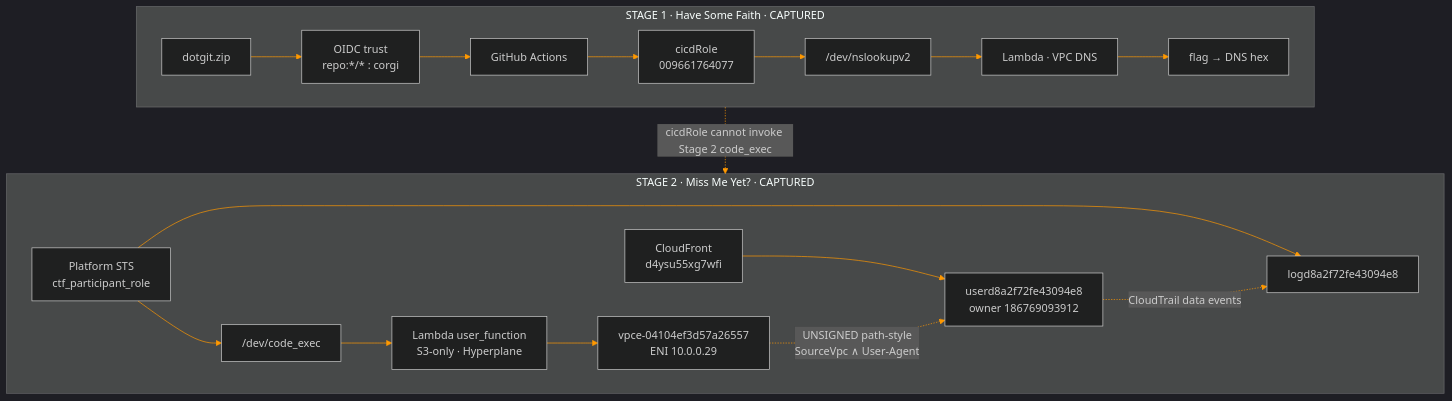
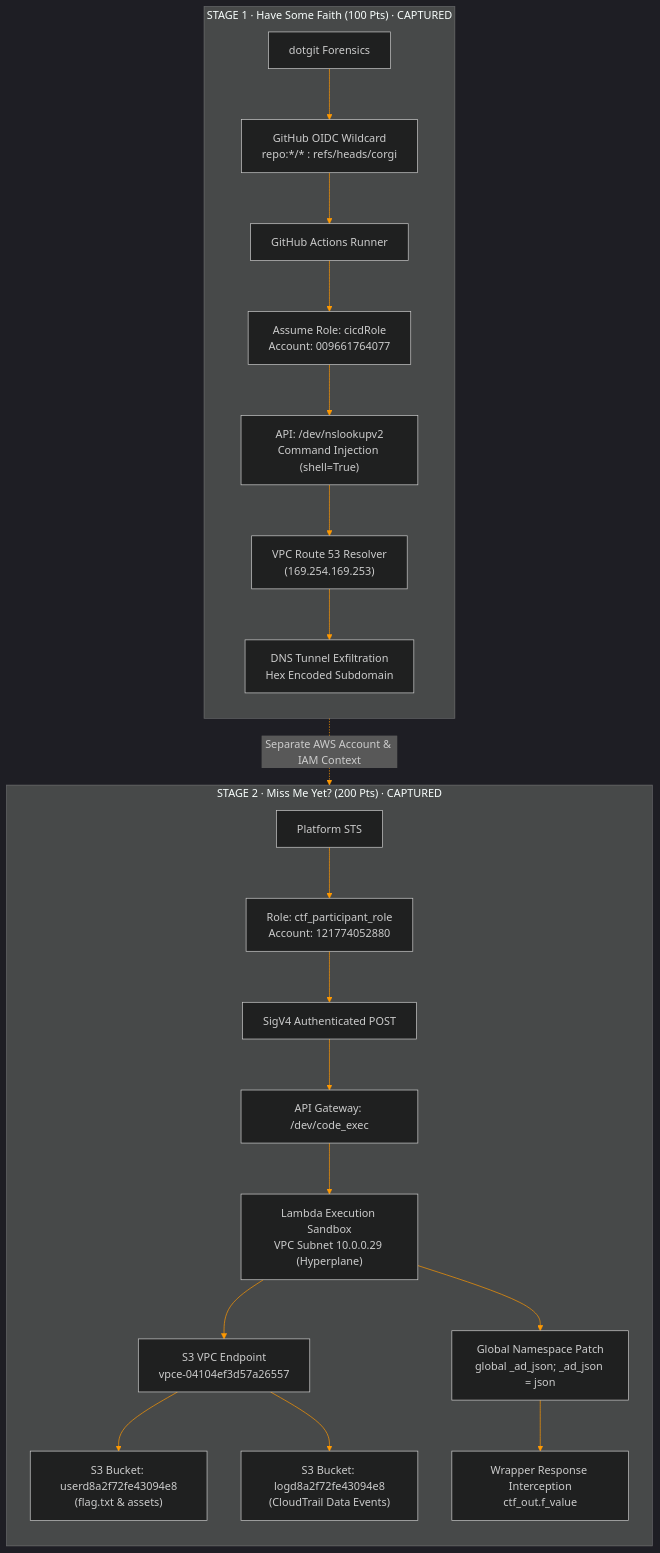
One commit to FREECANDY-DEV/MAFAT-2026 changed the diagram in README.md. Above: the diagram before and after it, drawn with Mermaid. The commit also changed other lines of this file and 1 other file, not shown here.

Commit message:
Update README and Documentation Index links to accurately match GitHub repository files

````diff
--- a/README.md
+++ b/README.md
@@ -89,36 +67,40 @@
 ```mermaid
 %%{init: {
   'theme': 'dark',
   'themeVariables': {
     'primaryColor': '#232F3E',
     'primaryTextColor': '#FFFFFF',
     'primaryBorderColor': '#FF9900',
     'lineColor': '#FF9900',
     'secondaryColor': '#161E2D',
     'tertiaryColor': '#0D1117'
   }
 }}%%
 flowchart TB
-    subgraph S1["STAGE 1 · Have Some Faith · CAPTURED"]
-        direction LR
-        ZIP["dotgit.zip"] --> OIDC["OIDC trust<br/>repo:*/* : corgi"]
-        OIDC --> GHA["GitHub Actions"]
-        GHA --> CICD["cicdRole<br/>009661764077"]
-        CICD --> NS["/dev/nslookupv2"]
-        NS --> L1["Lambda · VPC DNS"]
-        L1 --> F1["flag → DNS hex"]
+    subgraph STAGE1 ["STAGE 1 · Have Some Faith (100 Pts) · CAPTURED"]
+        direction TB
+        DOTGIT["dotgit Forensics"] --> OIDC["GitHub OIDC Wildcard<br/>repo:*/* : refs/heads/corgi"]
+        OIDC --> GHA1["GitHub Actions Runner"]
+        GHA1 --> STS1["Assume Role: cicdRole<br/>Account: 009661764077"]
+        STS1 --> RCE1["API: /dev/nslookupv2<br/>Command Injection (shell=True)"]
+        RCE1 --> DNS1["VPC Route 53 Resolver<br/>(169.254.169.253)"]
+        DNS1 --> EXFIL1["DNS Tunnel Exfiltration<br/>Hex Encoded Subdomain"]
     end
 
-    subgraph S2["STAGE 2 · Miss Me Yet? · CAPTURED"]
-        direction LR
-        STS["Platform STS<br/>ctf_participant_role"] --> CE["/dev/code_exec"]
-        STS --> LOG["logd8a2f72fe43094e8"]
-        CE --> L2["Lambda user_function<br/>S3-only · Hyperplane"]
-        L2 --> VPCE["vpce-04104ef3d57a26557<br/>ENI 10.0.0.29"]
-        CF["CloudFront<br/>d4ysu55xg7wfi"] --> USER["userd8a2f72fe43094e8<br/>owner 186769093912"]
-        VPCE -.->|"UNSIGNED path-style<br/>SourceVpc ∧ User-Agent"| USER
-        USER -.->|"CloudTrail data events"| LOG
+    subgraph STAGE2 ["STAGE 2 · Miss Me Yet? (200 Pts) · CAPTURED"]
+        direction TB
+        PORTAL["Platform STS"] --> STS2["Role: ctf_participant_role<br/>Account: 121774052880"]
+        STS2 --> SIGV4["SigV4 Authenticated POST"]
+        SIGV4 --> APIGW["API Gateway: /dev/code_exec"]
+        APIGW --> LAMBDA2["Lambda Execution Sandbox<br/>VPC Subnet 10.0.0.29 (Hyperplane)"]
+        
+        LAMBDA2 --> VPCE["S3 VPC Endpoint<br/>vpce-04104ef3d57a26557"]
+        VPCE --> S3USER["S3 Bucket: userd8a2f72fe43094e8<br/>(flag.txt & assets)"]
+        VPCE --> S3LOG["S3 Bucket: logd8a2f72fe43094e8<br/>(CloudTrail Data Events)"]
+        
+        LAMBDA2 --> PATCH["Global Namespace Patch<br/>global _ad_json; _ad_json = json"]
+        PATCH --> CTFOUT["Wrapper Response Interception<br/>ctf_out.f_value"]
     end
 
-    S1 -.->|"cicdRole cannot invoke Stage 2 code_exec"| S2
+    STAGE1 -.->|"Separate AWS Account & IAM Context"| STAGE2
 ```
````
